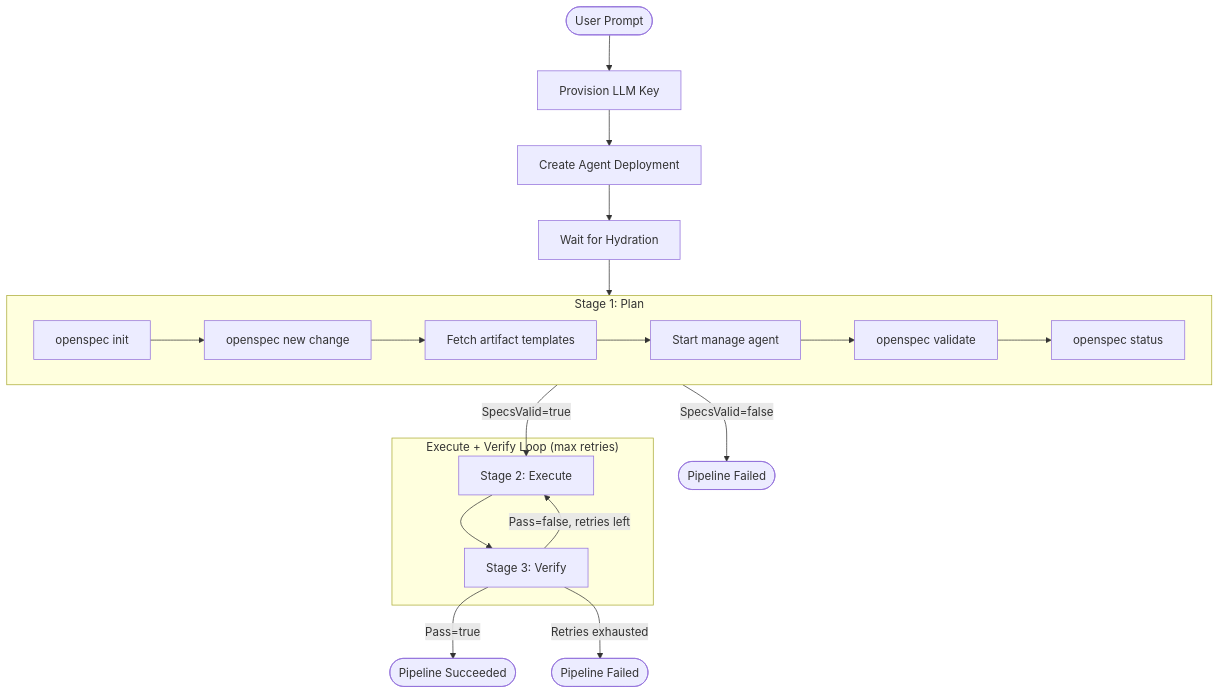
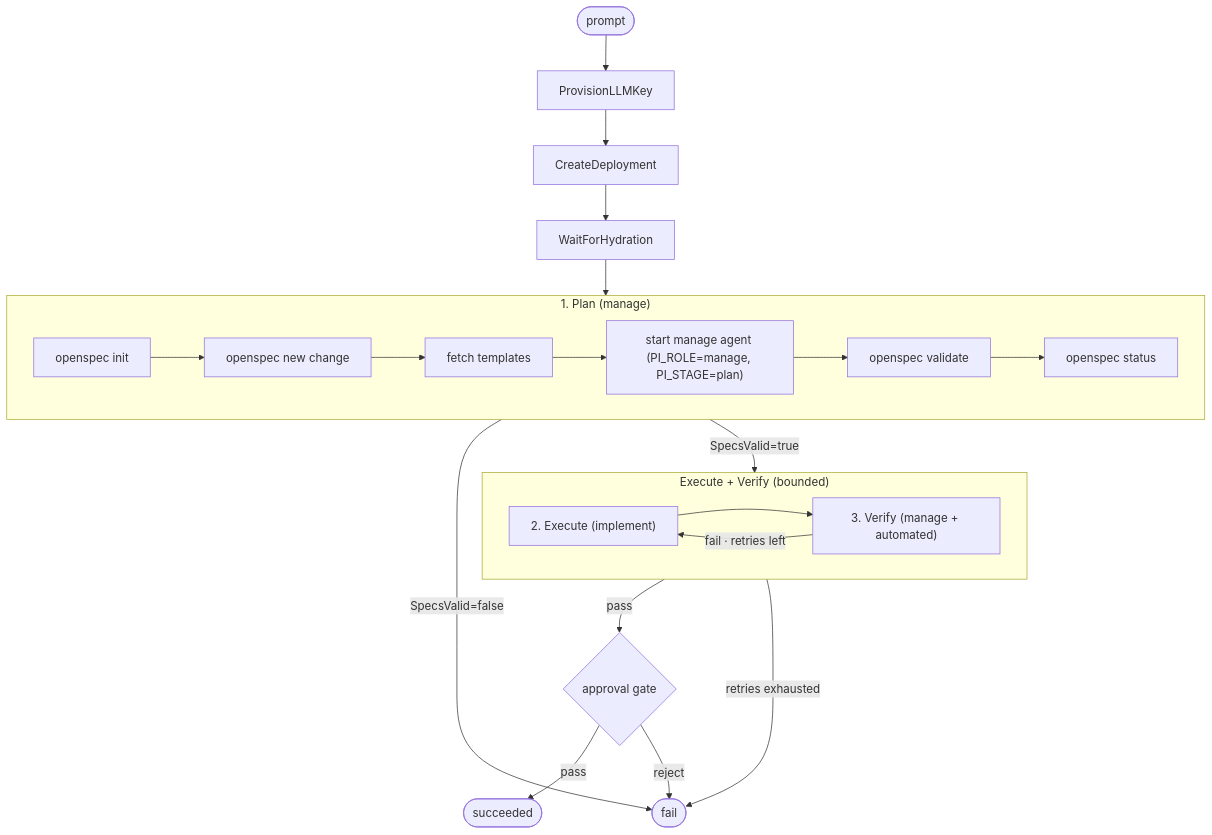
Before and after one commit to ross-corp/uncworks: the diagram in docs/architecture/pipeline.md, drawn with Mermaid. The commit also changed other lines of this file and 17 other files, not shown here.

Commit message:
docs: rewrite readme and docs/ in terse style, reflect hybrid approval + openspecChange + overview tab

````diff
--- a/docs/architecture/pipeline.md
+++ b/docs/architecture/pipeline.md
@@ -7,30 +3,20 @@
 ```mermaid
 flowchart TD
-    Start([User Prompt]) --> Provision["Provision LLM Key"]
-    Provision --> Deploy["Create Agent Deployment"]
-    Deploy --> Hydrate["Wait for Hydration"]
-    Hydrate --> Plan
-
-    subgraph Plan["Stage 1: Plan"]
-        P1["openspec init"]
-        P2["openspec new change"]
-        P3["Fetch artifact templates"]
-        P4["Start manage agent"]
-        P5["openspec validate"]
-        P6["openspec status"]
-        P1 --> P2 --> P3 --> P4 --> P5 --> P6
+    Start([prompt]) --> K["ProvisionLLMKey"]
+    K --> D["CreateDeployment"] --> H["WaitForHydration"] --> P
+    subgraph P["1. Plan (manage)"]
+        P1["openspec init"] --> P2["openspec new change"] --> P3["fetch templates"]
+        P3 --> P4["start manage agent (PI_ROLE=manage, PI_STAGE=plan)"]
+        P4 --> P5["openspec validate"] --> P6["openspec status"]
     end
-
-    Plan -->|SpecsValid=false| PlanFail([Pipeline Failed])
-    Plan -->|SpecsValid=true| Execute
-
-    subgraph RetryLoop["Execute + Verify Loop (max retries)"]
-        Execute["Stage 2: Execute"]
-        Verify["Stage 3: Verify"]
-        Execute --> Verify
-        Verify -->|Pass=false, retries left| Execute
+    P -->|SpecsValid=false| Fail([fail])
+    P -->|SpecsValid=true| Loop
+    subgraph Loop["Execute + Verify (bounded)"]
+        E["2. Execute (implement)"] --> V["3. Verify (manage + automated)"]
+        V -->|fail · retries left| E
     end
-
-    Verify -->|Pass=true| Success([Pipeline Succeeded])
-    Verify -->|Retries exhausted| Failed([Pipeline Failed])
+    Loop -->|pass| Approval
+    Loop -->|retries exhausted| Fail
+    Approval{approval gate} -->|pass| Done([succeeded])
+    Approval -->|reject| Fail
 ```
````
